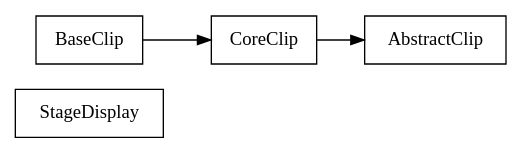
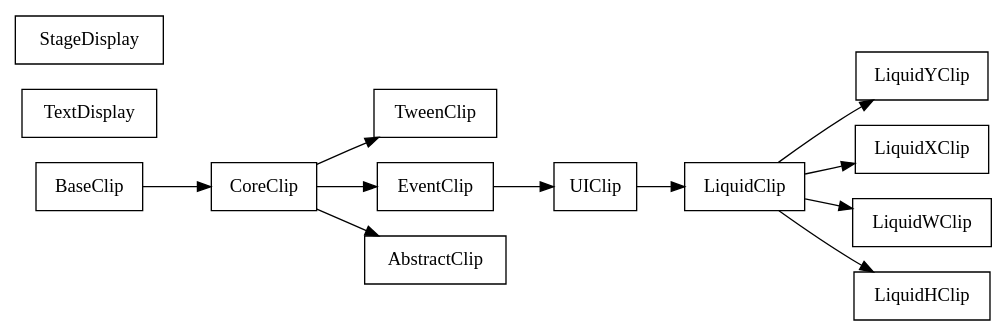
Before and after one commit to sekati/sasapi: the diagram in docs/com/sekati/display/classes.dot, drawn with Graphviz. The commit also changed 144 other files, not shown here.

```diff
--- a/docs/com/sekati/display/classes.dot
+++ b/docs/com/sekati/display/classes.dot
@@ -1,29 +1,91 @@
 strict digraph class_diagram {
   rankdir=LR;
+  TypeUIClip[
+    label="UIClip",
+    URL="UIClip.html",
+    tooltip="com.sekati.display.UIClip",
+    shape="record"
+  ];
+  TypeTweenClip[
+    label="TweenClip",
+    URL="TweenClip.html",
+    tooltip="com.sekati.display.TweenClip",
+    shape="record"
+  ];
+  TypeTextDisplay[
+    label="TextDisplay",
+    URL="TextDisplay.html",
+    tooltip="com.sekati.display.TextDisplay",
+    shape="record"
+  ];
   TypeStageDisplay[
     label="StageDisplay",
     URL="StageDisplay.html",
     tooltip="com.sekati.display.StageDisplay",
+    shape="record"
+  ];
+  TypeLiquidYClip[
+    label="LiquidYClip",
+    URL="LiquidYClip.html",
+    tooltip="com.sekati.display.LiquidYClip",
+    shape="record"
+  ];
+  TypeLiquidXClip[
+    label="LiquidXClip",
+    URL="LiquidXClip.html",
+    tooltip="com.sekati.display.LiquidXClip",
+    shape="record"
+  ];
+  TypeLiquidWClip[
+    label="LiquidWClip",
+    URL="LiquidWClip.html",
+    tooltip="com.sekati.display.LiquidWClip",
+    shape="record"
+  ];
+  TypeLiquidHClip[
+    label="LiquidHClip",
+    URL="LiquidHClip.html",
+    tooltip="com.sekati.display.LiquidHClip",
+    shape="record"
+  ];
+  TypeLiquidClip[
+    label="LiquidClip",
+    URL="LiquidClip.html",
+    tooltip="com.sekati.display.LiquidClip",
+    shape="record"
+  ];
+  TypeEventClip[
+    label="EventClip",
+    URL="EventClip.html",
+    tooltip="com.sekati.display.EventClip",
     shape="record"
   ];
   TypeCoreClip[
     label="CoreClip",
     URL="CoreClip.html",
     tooltip="com.sekati.display.CoreClip",
     shape="record"
   ];
   TypeBaseClip[
     label="BaseClip",
     URL="BaseClip.html",
     tooltip="com.sekati.display.BaseClip",
     shape="record"
   ];
   TypeAbstractClip[
     label="AbstractClip",
     URL="AbstractClip.html",
     tooltip="com.sekati.display.AbstractClip",
     shape="record"
   ];
+  TypeEventClip -> TypeUIClip;
+  TypeCoreClip -> TypeTweenClip;
+  TypeLiquidClip -> TypeLiquidYClip;
+  TypeLiquidClip -> TypeLiquidXClip;
+  TypeLiquidClip -> TypeLiquidWClip;
+  TypeLiquidClip -> TypeLiquidHClip;
+  TypeUIClip -> TypeLiquidClip;
+  TypeCoreClip -> TypeEventClip;
   TypeBaseClip -> TypeCoreClip;
   TypeCoreClip -> TypeAbstractClip;
 }
```
